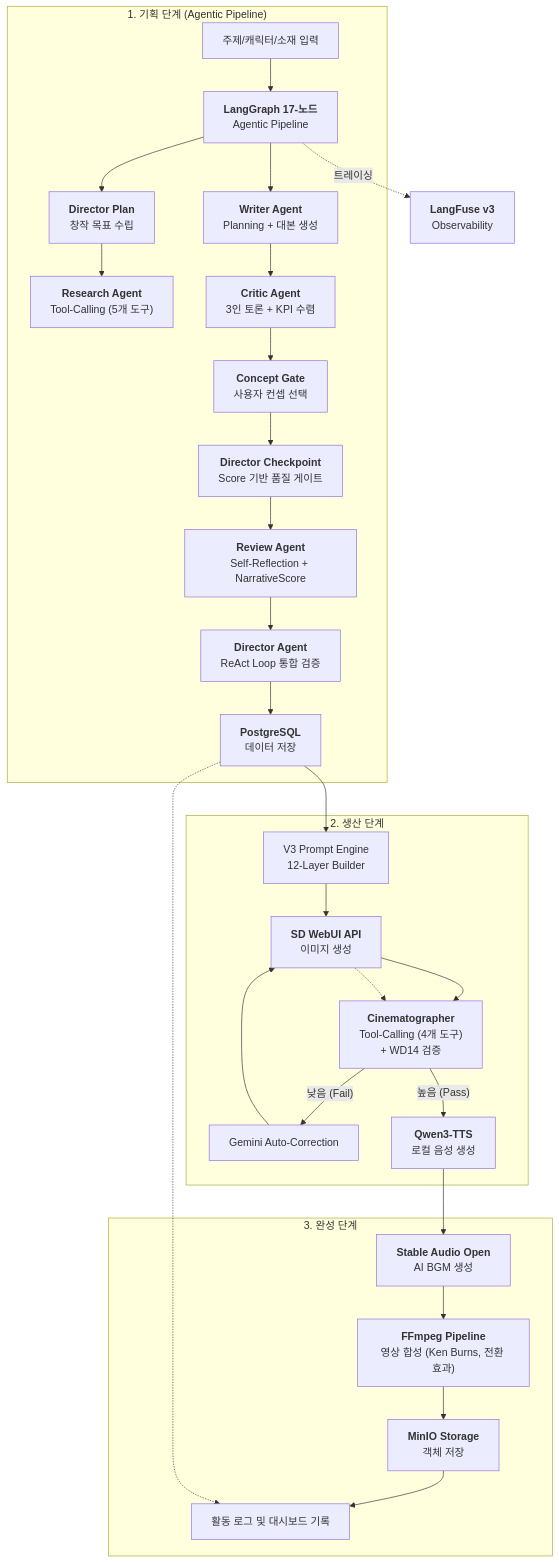
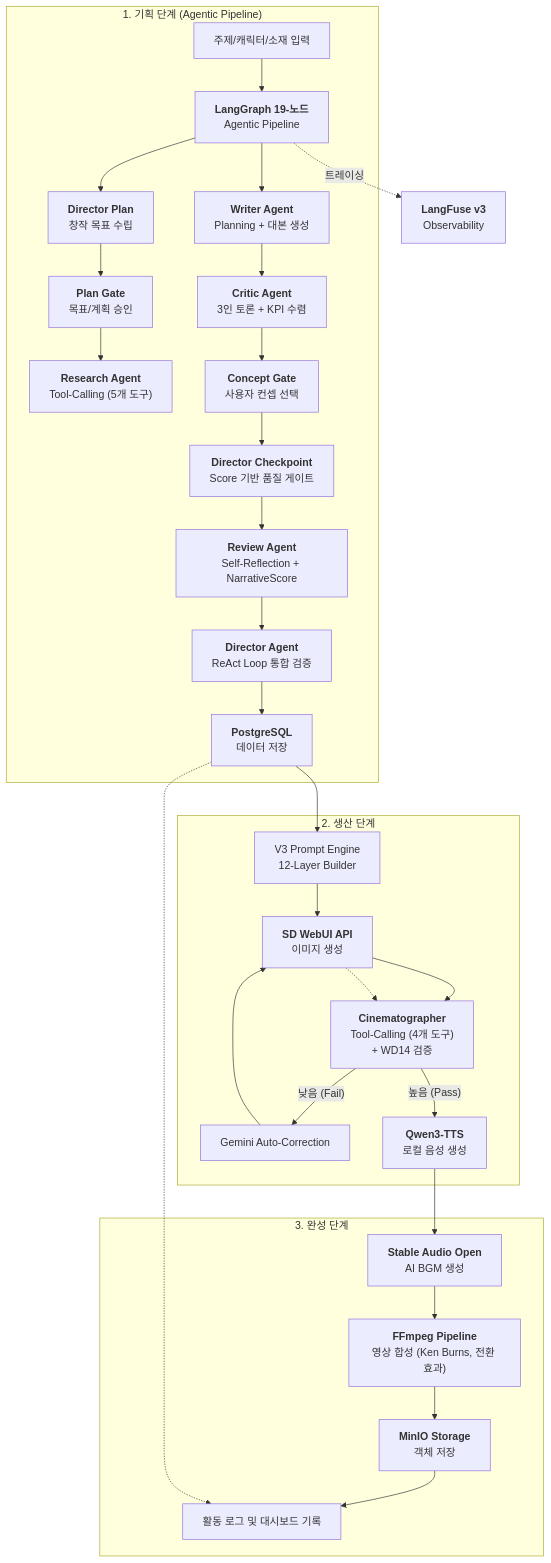
Before and after one commit to tomo-playground/sdd-orchestrator: the first of 2 diagrams in docs/01_product/PRD.md, drawn with Mermaid. The commit also changed other lines of this file and 11 other files, not shown here.

Commit message:
docs: Update docs for 19-node Agentic Pipeline and Interaction Mode (Phase 26)

````diff
--- a/docs/01_product/PRD.md
+++ b/docs/01_product/PRD.md
@@ -9,38 +9,39 @@
 ```mermaid
 graph TD
     subgraph Planning ["1. 기획 단계 (Agentic Pipeline)"]
-        Topic[주제/캐릭터/소재 입력] --> Graph["<b>LangGraph 17-노드</b><br/>Agentic Pipeline"]
+        Topic[주제/캐릭터/소재 입력] --> Graph["<b>LangGraph 19-노드</b><br/>Agentic Pipeline"]
         Graph --> DirPlan["<b>Director Plan</b><br/>창작 목표 수립"]
-        DirPlan --> Research["<b>Research Agent</b><br/>Tool-Calling (5개 도구)"]
+        DirPlan --> PlanGate["<b>Plan Gate</b><br/>목표/계획 승인"]
+        PlanGate --> Research["<b>Research Agent</b><br/>Tool-Calling (5개 도구)"]
         Graph --> Writer["<b>Writer Agent</b><br/>Planning + 대본 생성"]
         Writer --> Critic["<b>Critic Agent</b><br/>3인 토론 + KPI 수렴"]
         Critic --> ConceptGate["<b>Concept Gate</b><br/>사용자 컨셉 선택"]
         ConceptGate --> DirCheck["<b>Director Checkpoint</b><br/>Score 기반 품질 게이트"]
         DirCheck --> Review["<b>Review Agent</b><br/>Self-Reflection + NarrativeScore"]
         Review --> Director["<b>Director Agent</b><br/>ReAct Loop 통합 검증"]
         Director --> DB_Store["<b>PostgreSQL</b><br/>데이터 저장"]
     end
 
     subgraph Production ["2. 생산 단계"]
         DB_Store --> Prompt[V3 Prompt Engine<br/>12-Layer Builder]
         Prompt --> SD["<b>SD WebUI API</b><br/>이미지 생성"]
         SD --> Quality["<b>Cinematographer</b><br/>Tool-Calling (4개 도구)<br/>+ WD14 검증"]
         Quality -- "낮음 (Fail)" --> AutoEdit[Gemini Auto-Correction]
         AutoEdit --> SD
         Quality -- "높음 (Pass)" --> Audio["<b>Qwen3-TTS</b><br/>로컬 음성 생성"]
     end
 
     subgraph Finalization ["3. 완성 단계"]
         Audio --> BGM["<b>Stable Audio Open</b><br/>AI BGM 생성"]
         BGM --> FFmpeg["<b>FFmpeg Pipeline</b><br/>영상 합성 (Ken Burns, 전환 효과)"]
         FFmpeg --> MinIO["<b>MinIO Storage</b><br/>객체 저장"]
         MinIO --> History[활동 로그 및 대시보드 기록]
     end
 
     %% Observability
     Graph -.->|트레이싱| LangFuse["<b>LangFuse v3</b><br/>Observability"]
 
     %% Data Connections
     DB_Store -.-> History
     SD -.-> Quality
 ```
````
